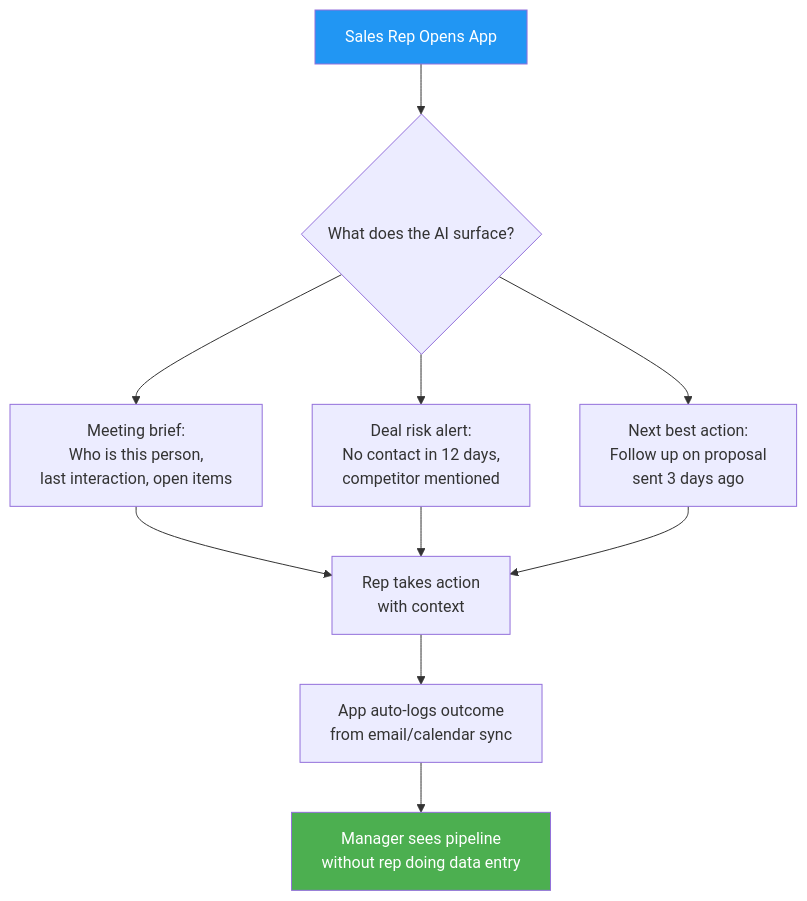
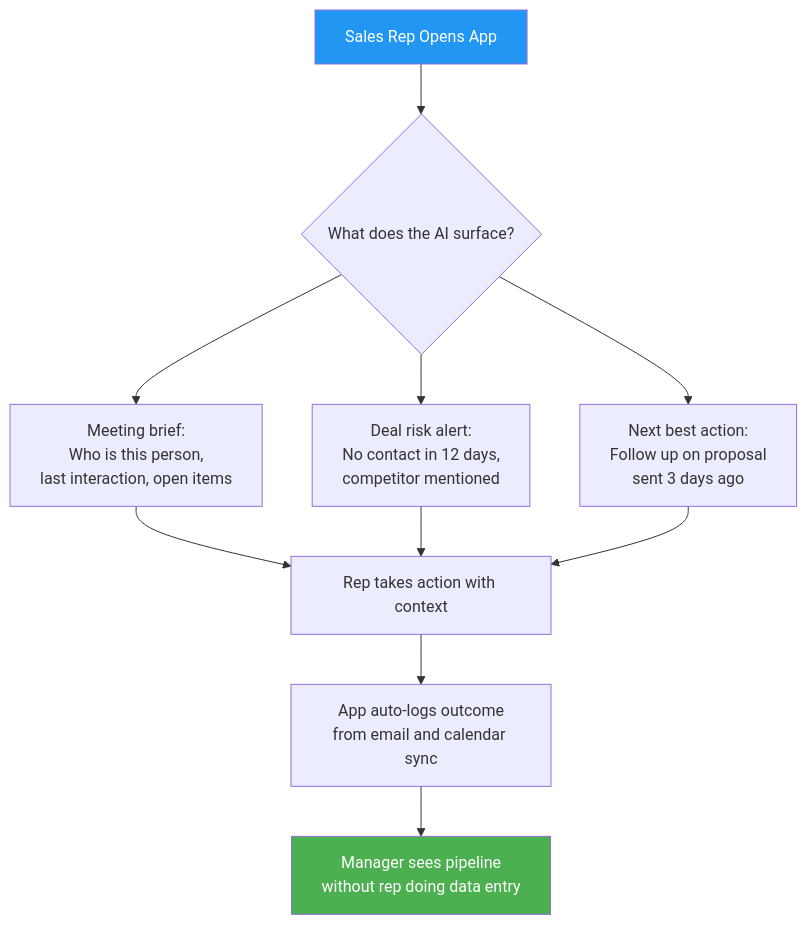
One commit to ebarronh/buildathon-mar-26 changed the fourth of 4 diagrams in _posts/2026-02-28-crm-landscape-debate.md. Above: the diagram before and after it, drawn with Mermaid. The commit also changed other lines of this file, not shown here.

First line of the commit message:
fixes mermaid diagrams in CRM debate article

````diff
--- a/_posts/2026-02-28-crm-landscape-debate.md
+++ b/_posts/2026-02-28-crm-landscape-debate.md
@@ -175,14 +175,14 @@
 ```mermaid
 flowchart TD
     A[Sales Rep Opens App] --> B{What does the AI surface?}
-    B --> C["Meeting brief:\nWho is this person,\nlast interaction, open items"]
-    B --> D["Deal risk alert:\nNo contact in 12 days,\ncompetitor mentioned"]
-    B --> E["Next best action:\nFollow up on proposal\nsent 3 days ago"]
-    C --> F[Rep takes action\nwith context]
+    B --> C["Meeting brief:<br/>Who is this person,<br/>last interaction, open items"]
+    B --> D["Deal risk alert:<br/>No contact in 12 days,<br/>competitor mentioned"]
+    B --> E["Next best action:<br/>Follow up on proposal<br/>sent 3 days ago"]
+    C --> F["Rep takes action with context"]
     D --> F
     E --> F
-    F --> G["App auto-logs outcome\nfrom email/calendar sync"]
-    G --> H["Manager sees pipeline\nwithout rep doing data entry"]
+    F --> G["App auto-logs outcome<br/>from email and calendar sync"]
+    G --> H["Manager sees pipeline<br/>without rep doing data entry"]
     style H fill:#4CAF50,color:#fff
     style A fill:#2196F3,color:#fff
 ```
````
